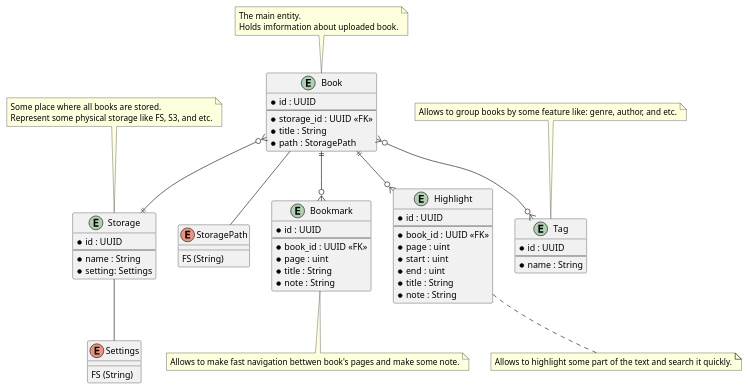
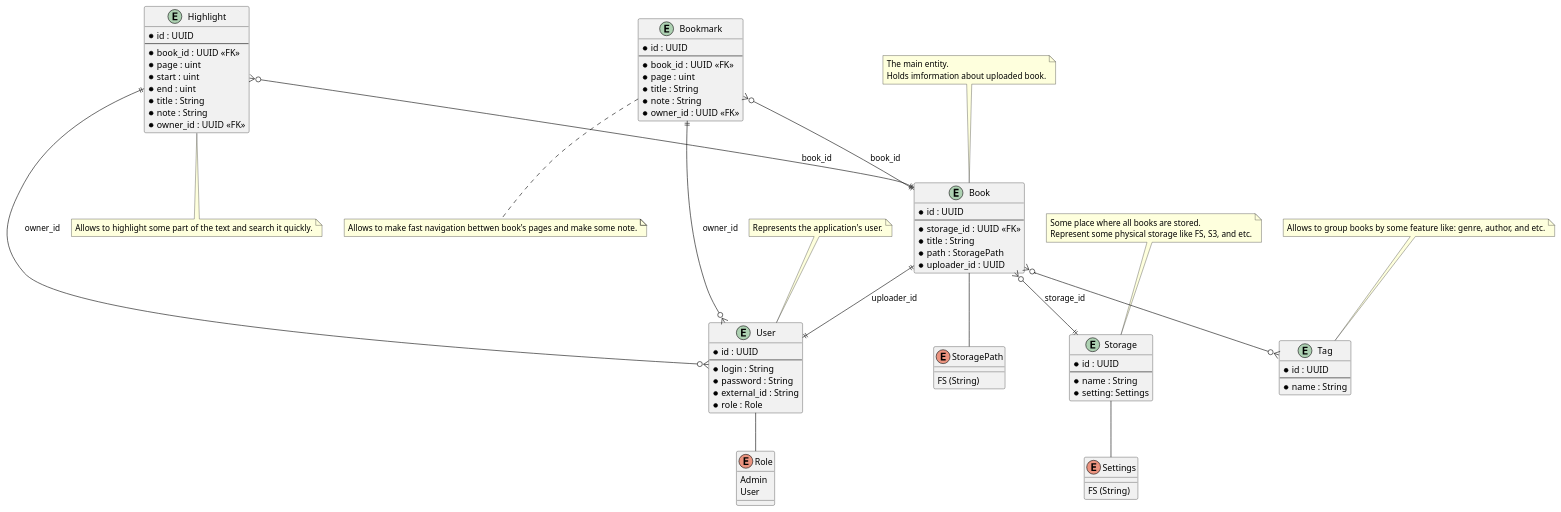
The diagram in docs/entities.plantuml (dshemin/bookshelf), drawn with PlantUML before and after one commit.

Commit message:
docs(api): update entity diagram

```diff
--- a/docs/entities.plantuml
+++ b/docs/entities.plantuml
@@ -1,75 +1,99 @@
 @startuml Entities relationship
 
 enum Settings {
     FS (String)
 }
 
 enum StoragePath {
     FS (String)
 }
+
+enum Role {
+    Admin
+    User
+}
+
+entity User {
+    * id : UUID
+    --
+    * login : String
+    * password : String
+    * external_id : String
+    * role : Role
+}
+note top
+    Represents the application's user.
+end note
 
 entity Storage {
     * id : UUID
     --
     * name : String
     * setting: Settings
 }
 note top
     Some place where all books are stored.
     Represent some physical storage like FS, S3, and etc.
 end note
 
 entity Tag {
     * id : UUID
     --
     * name : String
 }
 note top
     Allows to group books by some feature like: genre, author, and etc.
 end note
 entity Book {
     * id : UUID
     --
     * storage_id : UUID <<FK>>
     * title : String
     * path : StoragePath
+    * uploader_id : UUID
 }
 note top
     The main entity.
     Holds imformation about uploaded book.
 end note
 
 entity Bookmark {
     * id : UUID
     --
     * book_id : UUID <<FK>>
     * page : uint
     * title : String
     * note : String
+    * owner_id : UUID <<FK>>
 }
 note bottom
     Allows to make fast navigation bettwen book's pages and make some note.
 end note
 
 entity Highlight {
     * id : UUID
     --
     * book_id : UUID <<FK>>
     * page : uint
     * start : uint
     * end : uint
     * title : String
     * note : String
+    * owner_id : UUID <<FK>>
 }
 note bottom
     Allows to highlight some part of the text and search it quickly.
 end note
 
-Book }o--|| Storage
+Book }o--|| Storage : storage_id
 Book }o--o{ Tag
-Book ||--o{ Bookmark
-Book ||--o{ Highlight
+Book ||--|| User : uploader_id
+Bookmark }o--|| Book : book_id
+Bookmark ||--o{ User : owner_id
+Highlight }o--|| Book : book_id
+Highlight ||--o{ User : owner_id
 Book -- StoragePath
 Storage -- Settings
+User -- Role
 
 @enduml
```
